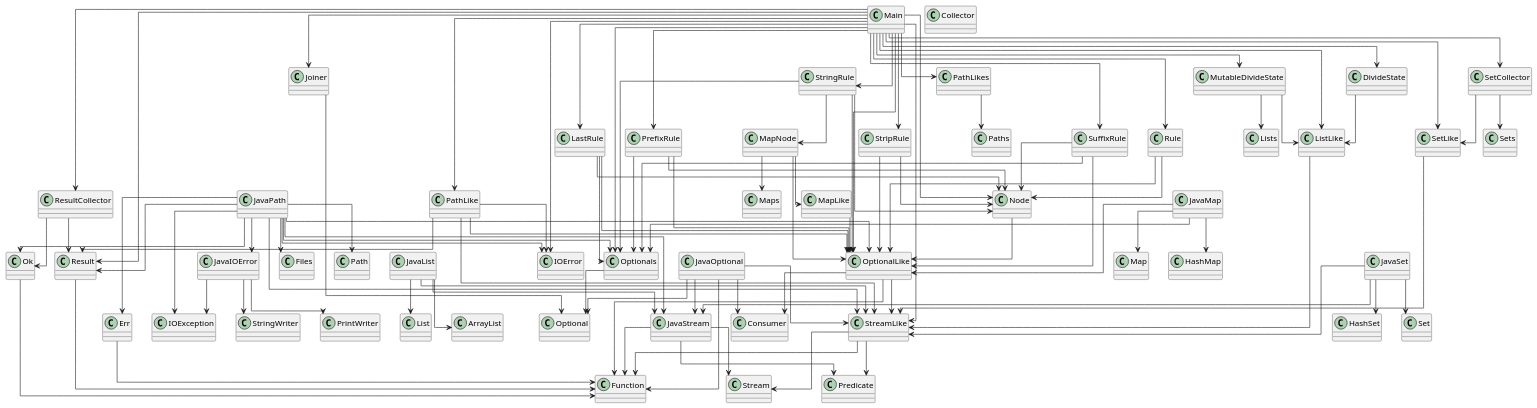
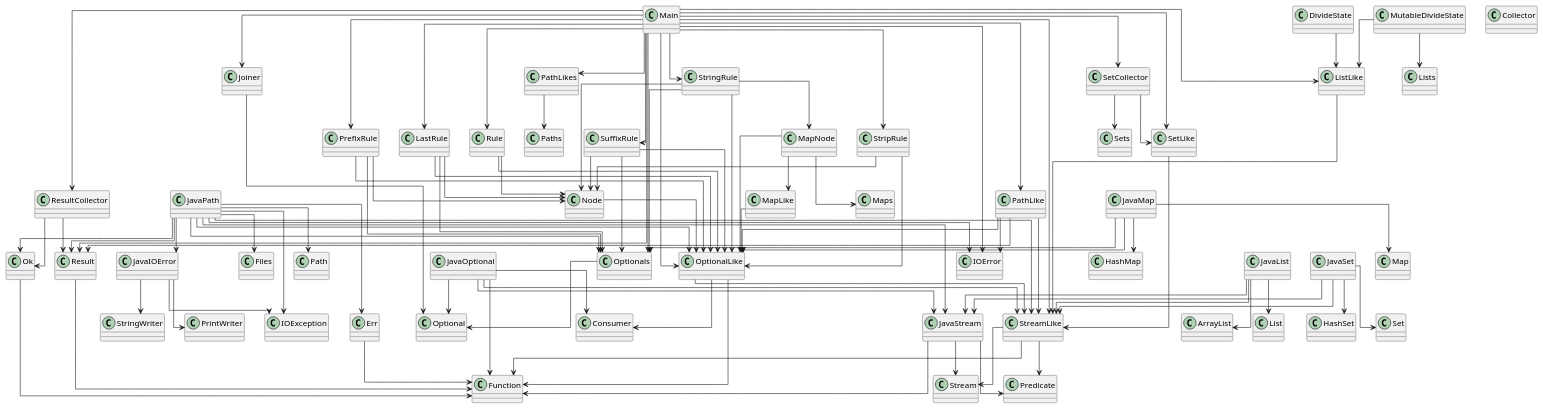
Before and after one commit to SirMathhman/Magma: the diagram in diagram.puml, drawn with PlantUML. The commit also changed 11 other files, not shown here.

```diff
--- a/diagram.puml
+++ b/diagram.puml
@@ -1,144 +1,141 @@
 @startuml
 skinparam linetype ortho
+class Node
+Node --> OptionalLike
 class Joiner
 Joiner --> Optional
-class Node
-Node --> OptionalLike
 class Maps
 class JavaIOError
 JavaIOError --> IOException
 JavaIOError --> PrintWriter
 JavaIOError --> StringWriter
 class Result
 Result --> Function
+class DivideState
+DivideState --> ListLike
 class LastRule
-LastRule --> Node
 LastRule --> OptionalLike
 LastRule --> Optionals
+LastRule --> Node
 class JavaPath
+JavaPath --> JavaStream
+JavaPath --> StreamLike
 JavaPath --> IOError
 JavaPath --> JavaIOError
-JavaPath --> JavaStream
-JavaPath --> StreamLike
 JavaPath --> OptionalLike
 JavaPath --> Optionals
 JavaPath --> Err
 JavaPath --> Ok
 JavaPath --> Result
 JavaPath --> IOException
 JavaPath --> Files
 JavaPath --> Path
 class StreamLike
 StreamLike --> Function
 StreamLike --> Predicate
 StreamLike --> Stream
 class ListLike
 ListLike --> StreamLike
 class Err
 Err --> Function
 class JavaList
 JavaList --> JavaStream
 JavaList --> StreamLike
 JavaList --> ArrayList
 JavaList --> List
 class Sets
 class PathLike
+PathLike --> StreamLike
 PathLike --> IOError
-PathLike --> StreamLike
 PathLike --> OptionalLike
 PathLike --> Result
 class PathLikes
 PathLikes --> Paths
 class OptionalLike
 OptionalLike --> StreamLike
 OptionalLike --> Consumer
 OptionalLike --> Function
-class MapNode
-MapNode --> MapLike
-MapNode --> Maps
-MapNode --> OptionalLike
 class MapLike
 MapLike --> OptionalLike
 class Optionals
 Optionals --> Optional
-class DivideState
-DivideState --> ListLike
 class Main
-Main --> DivideState
-Main --> MutableDivideState
+Main --> ListLike
+Main --> SetLike
+Main --> Joiner
+Main --> ResultCollector
+Main --> SetCollector
+Main --> StreamLike
 Main --> IOError
-Main --> ListLike
-Main --> Node
+Main --> PathLike
+Main --> PathLikes
 Main --> OptionalLike
 Main --> Optionals
-Main --> PathLike
-Main --> PathLikes
 Main --> Result
 Main --> LastRule
 Main --> PrefixRule
 Main --> Rule
 Main --> StringRule
 Main --> StripRule
 Main --> SuffixRule
-Main --> SetLike
-Main --> Joiner
-Main --> ResultCollector
-Main --> SetCollector
-Main --> StreamLike
 class Rule
+Rule --> OptionalLike
 Rule --> Node
-Rule --> OptionalLike
+class MutableDivideState
+MutableDivideState --> ListLike
+MutableDivideState --> Lists
 class ResultCollector
 ResultCollector --> Ok
 ResultCollector --> Result
 class JavaStream
 JavaStream --> Function
 JavaStream --> Predicate
 JavaStream --> Stream
+class MapNode
+MapNode --> MapLike
+MapNode --> Maps
+MapNode --> OptionalLike
 class JavaSet
 JavaSet --> JavaStream
 JavaSet --> StreamLike
 JavaSet --> HashSet
 JavaSet --> Set
 class PrefixRule
-PrefixRule --> Node
 PrefixRule --> OptionalLike
 PrefixRule --> Optionals
+PrefixRule --> Node
 class StringRule
+StringRule --> OptionalLike
+StringRule --> Optionals
 StringRule --> MapNode
 StringRule --> Node
-StringRule --> OptionalLike
-StringRule --> Optionals
 class Lists
 class IOError
 class SuffixRule
-SuffixRule --> Node
 SuffixRule --> OptionalLike
 SuffixRule --> Optionals
+SuffixRule --> Node
 class Collector
 class JavaMap
 JavaMap --> OptionalLike
 JavaMap --> Optionals
 JavaMap --> HashMap
 JavaMap --> Map
 class StripRule
+StripRule --> OptionalLike
 StripRule --> Node
-StripRule --> OptionalLike
 class SetLike
 SetLike --> StreamLike
 class SetCollector
 SetCollector --> SetLike
 SetCollector --> Sets
 class JavaOptional
 JavaOptional --> JavaStream
 JavaOptional --> StreamLike
 JavaOptional --> Optional
 JavaOptional --> Consumer
 JavaOptional --> Function
-class MutableDivideState
-MutableDivideState --> ListLike
-MutableDivideState --> Lists
 class Ok
 Ok --> Function
 
 @enduml
```
